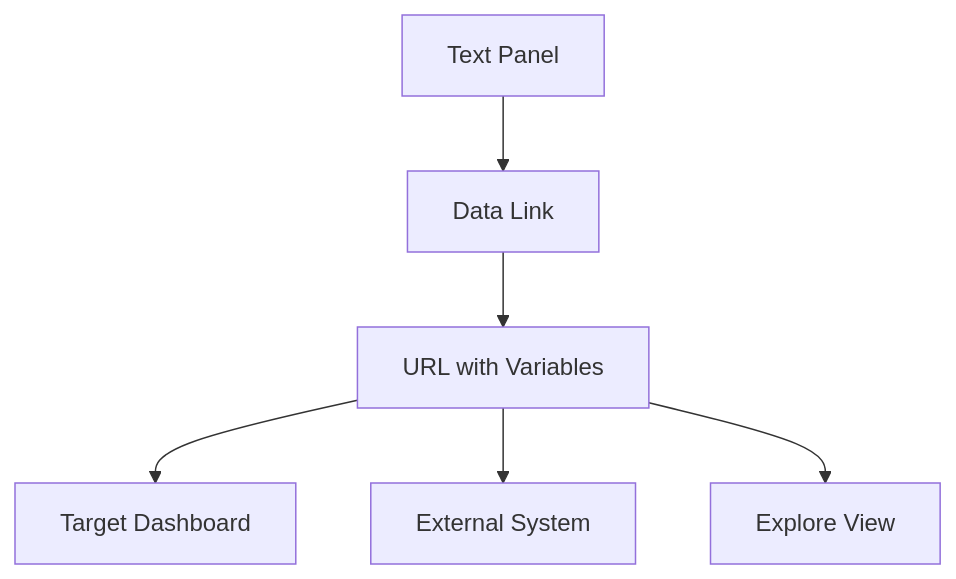
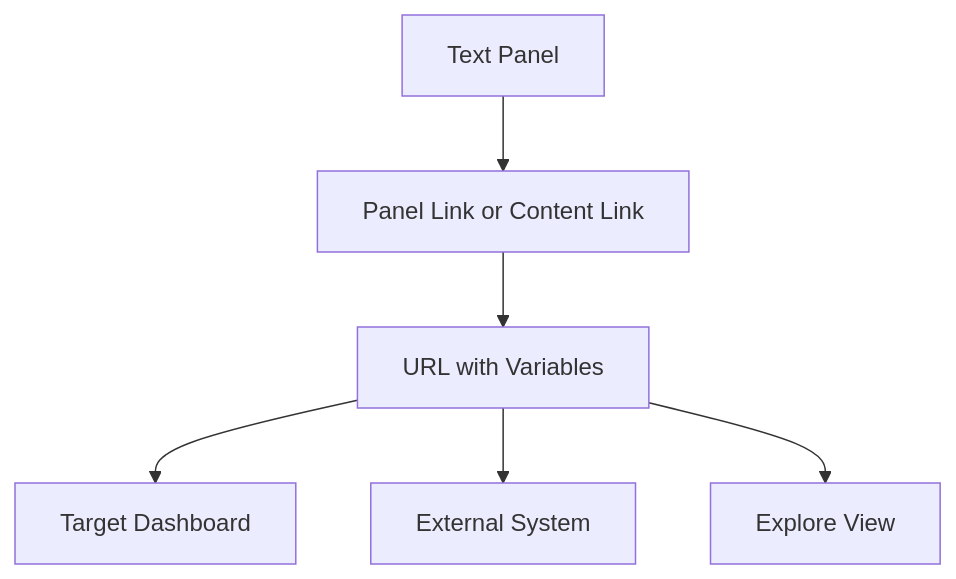
The second of 3 diagrams in posts/2026-01-30-grafana-text-panel-templates/README.md (OneUptime/blog), drawn with Mermaid before and after one commit. The commit also changed other lines of this file and 2 other files, not shown here.

Commit message:
validate: 2026-01-30-grafana-text-panel-templates

````diff
--- a/posts/2026-01-30-grafana-text-panel-templates/README.md
+++ b/posts/2026-01-30-grafana-text-panel-templates/README.md
@@ -211,8 +212,8 @@
 ```mermaid
 flowchart TD
-    A[Text Panel] --> B[Data Link]
+    A[Text Panel] --> B[Panel Link or Content Link]
     B --> C[URL with Variables]
     C --> D[Target Dashboard]
     C --> E[External System]
     C --> F[Explore View]
 ```
````
